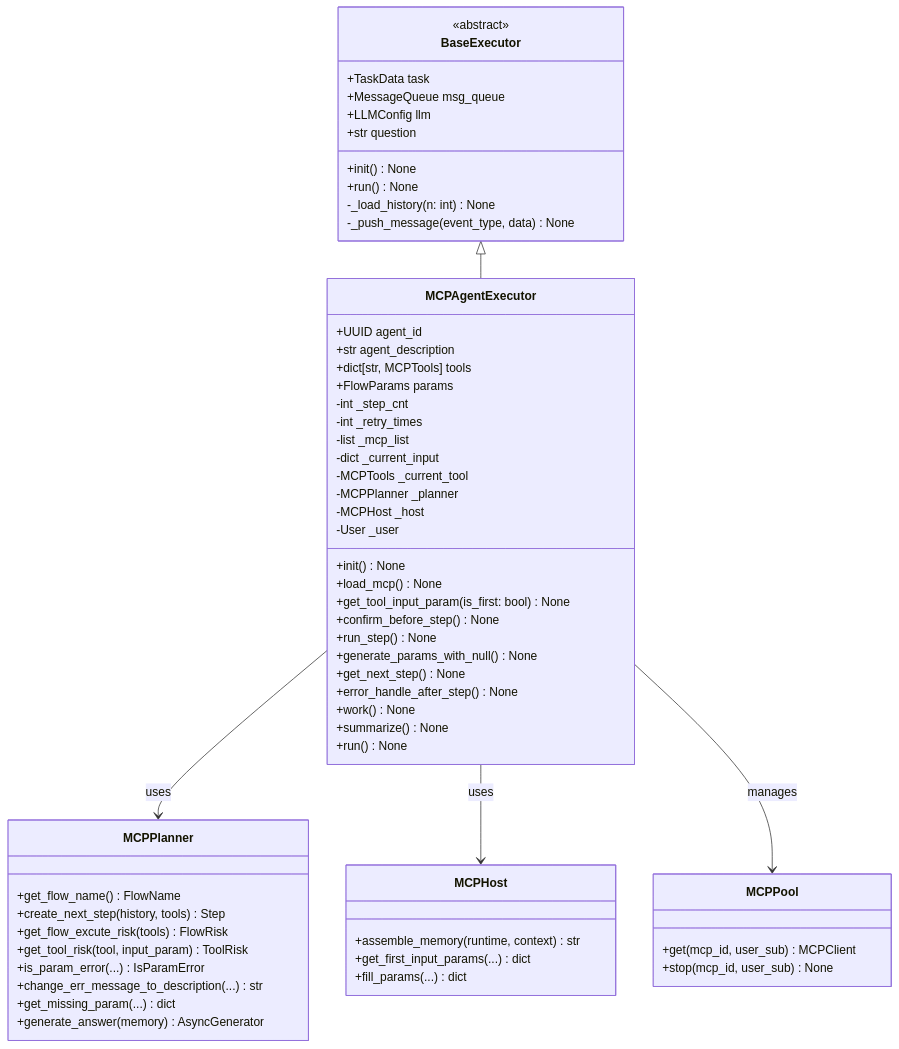
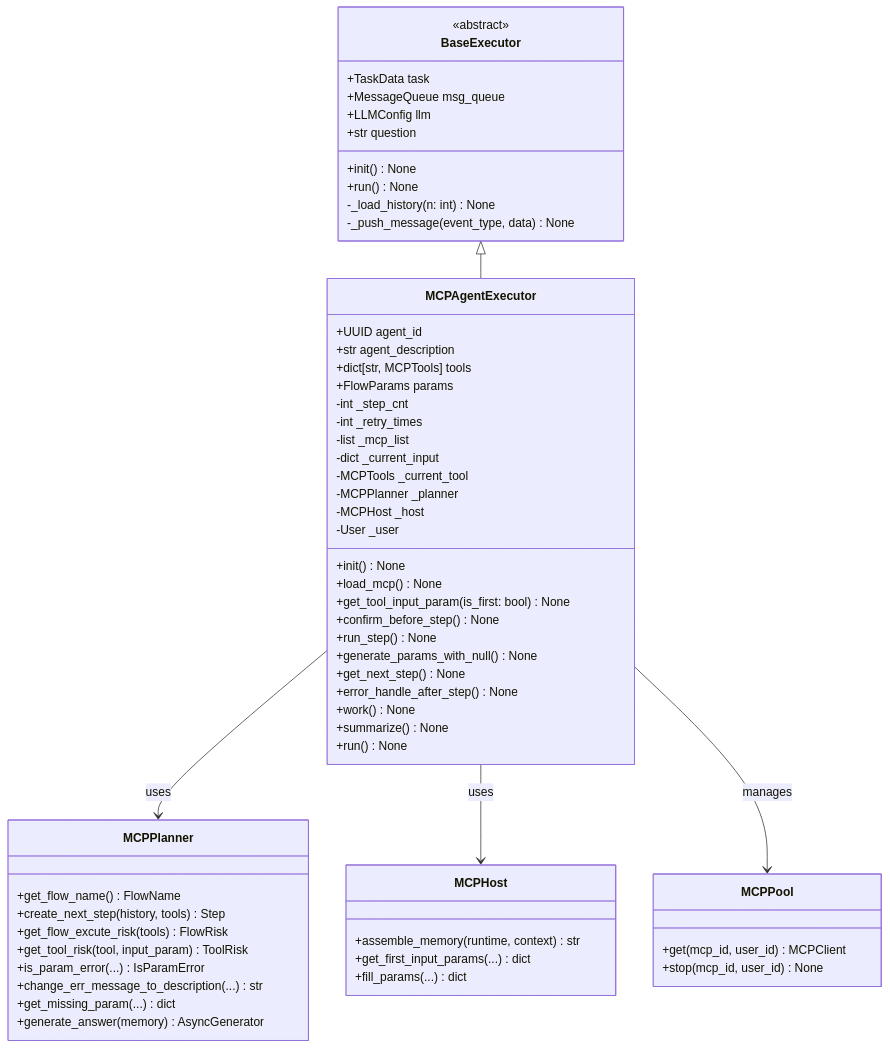
The first of 13 diagrams in design/executor/agent.md (openeuler-mirror/euler-copilot-framework), drawn with Mermaid before and after one commit. The commit also changed other lines of this file and 18 other files, not shown here.

````diff
--- a/design/executor/agent.md
+++ b/design/executor/agent.md
@@ -28,67 +28,67 @@
 ```mermaid
 classDiagram
     class BaseExecutor {
         <<abstract>>
         +TaskData task
         +MessageQueue msg_queue
         +LLMConfig llm
         +str question
         +init() None
         +run() None
         -_load_history(n: int) None
         -_push_message(event_type, data) None
     }
 
     class MCPAgentExecutor {
         +UUID agent_id
         +str agent_description
         +dict[str, MCPTools] tools
         +FlowParams params
         -int _step_cnt
         -int _retry_times
         -list _mcp_list
         -dict _current_input
         -MCPTools _current_tool
         -MCPPlanner _planner
         -MCPHost _host
         -User _user
         +init() None
         +load_mcp() None
         +get_tool_input_param(is_first: bool) None
         +confirm_before_step() None
         +run_step() None
         +generate_params_with_null() None
         +get_next_step() None
         +error_handle_after_step() None
         +work() None
         +summarize() None
         +run() None
     }
 
     class MCPPlanner {
         +get_flow_name() FlowName
         +create_next_step(history, tools) Step
         +get_flow_excute_risk(tools) FlowRisk
         +get_tool_risk(tool, input_param) ToolRisk
         +is_param_error(...) IsParamError
         +change_err_message_to_description(...) str
         +get_missing_param(...) dict
         +generate_answer(memory) AsyncGenerator
     }
 
     class MCPHost {
         +assemble_memory(runtime, context) str
         +get_first_input_params(...) dict
         +fill_params(...) dict
     }
 
     class MCPPool {
-        +get(mcp_id, user_sub) MCPClient
-        +stop(mcp_id, user_sub) None
+        +get(mcp_id, user_id) MCPClient
+        +stop(mcp_id, user_id) None
     }
 
     BaseExecutor <|-- MCPAgentExecutor
     MCPAgentExecutor --> MCPPlanner : uses
     MCPAgentExecutor --> MCPHost : uses
     MCPAgentExecutor --> MCPPool : manages
 ```
````
